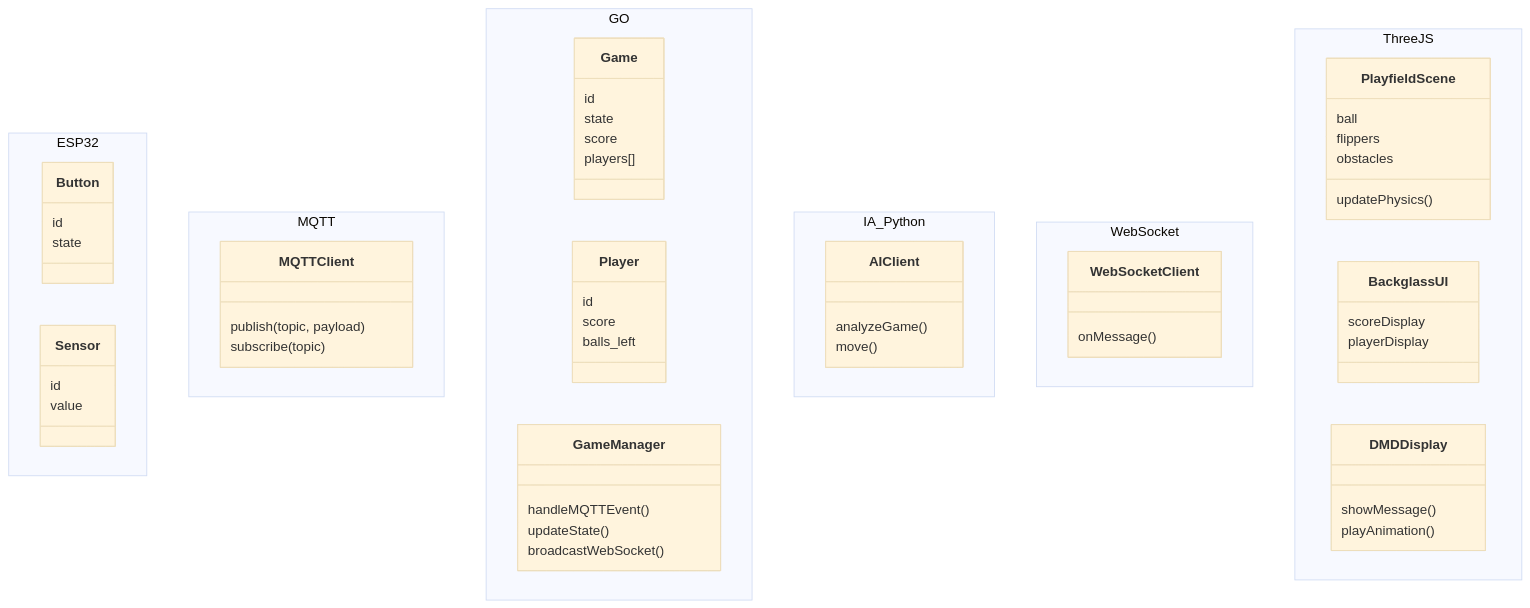
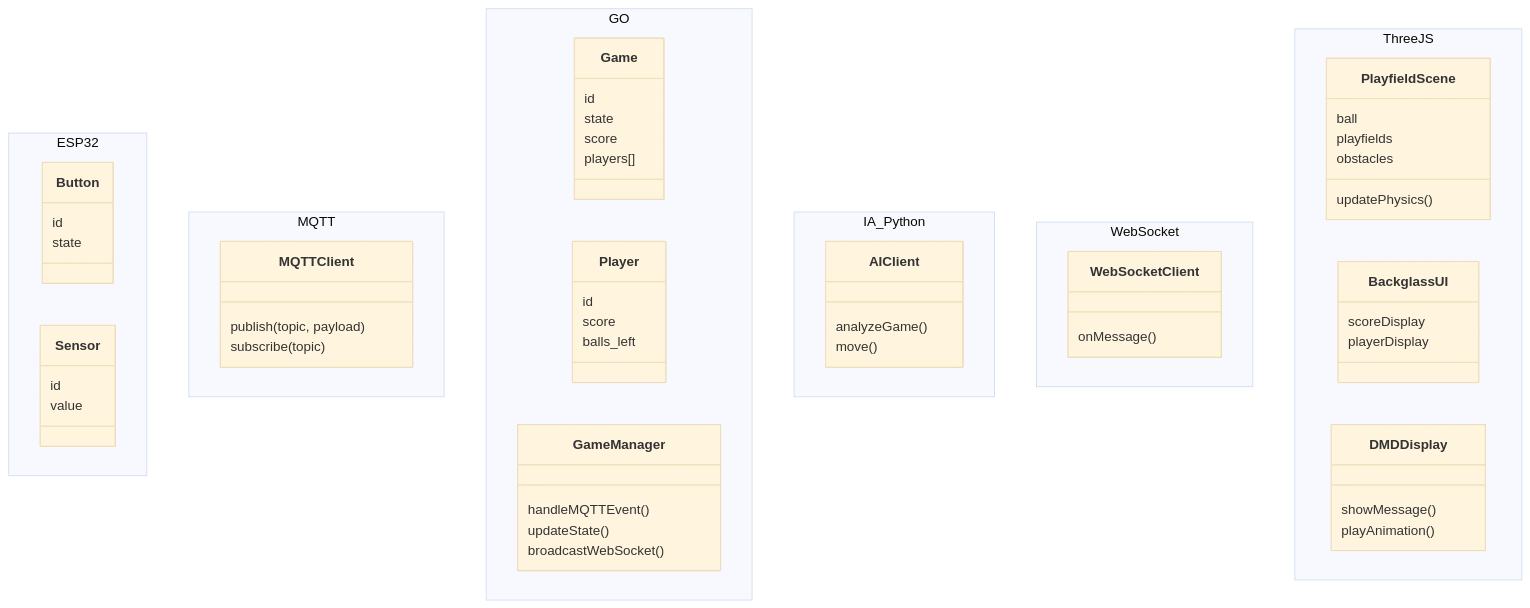
The diagram in doc/diagrams/Class.md (AkaTFL/Flipper), drawn with Mermaid (base theme) before and after one commit. The commit also changed 74 other files, not shown here.

````diff
--- a/doc/diagrams/Class.md
+++ b/doc/diagrams/Class.md
@@ -1,69 +1,69 @@
 ```mermaid
 classDiagram
   namespace ESP32 {
     class Button {
       id
       state
     }
     class Sensor {
       id
       value
     }
   }
 
   namespace MQTT {
     class MQTTClient {
       publish(topic, payload)
       subscribe(topic)
     }
   }
 
   namespace GO {
     class Game {
       id
       state
       score
       players[]
     }
     class Player {
       id
       score
       balls_left
     }
     class GameManager {
       handleMQTTEvent()
       updateState()
       broadcastWebSocket()
     }
   }
 
   namespace IA_Python {
     class AIClient {
       analyzeGame()
       move()
     }
   }
 
   namespace WebSocket {
     class WebSocketClient {
       onMessage()
     }
   }
 
   namespace ThreeJS {
     class PlayfieldScene {
       ball
-      flippers
+      playfields
       obstacles
       updatePhysics()
     }
     class BackglassUI {
       scoreDisplay
       playerDisplay
     }
     class DMDDisplay {
       showMessage()
       playAnimation()
     }
   }
 ```
````
